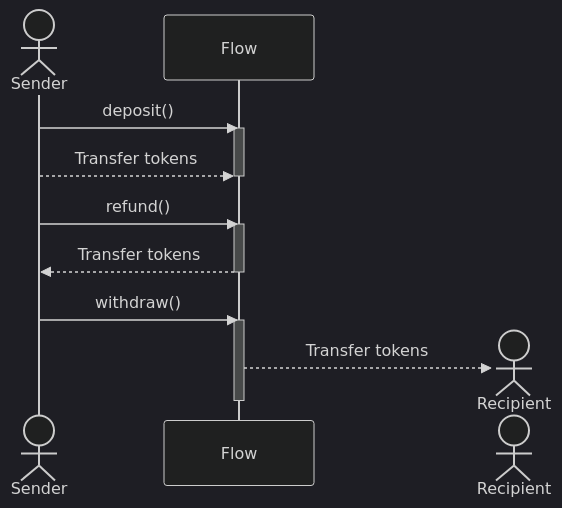
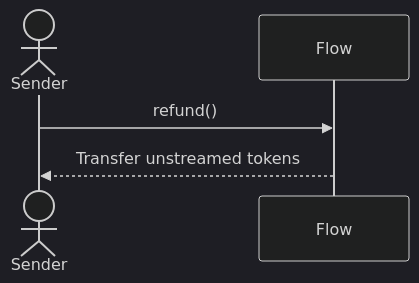
One commit to sablier-labs/docs changed the third of 9 diagrams in docs/reference/flow/01-diagrams.md. Above: the diagram before and after it, drawn with Mermaid (dark theme). The commit also changed other lines of this file and 3 other files, not shown here.

Commit message:
removes streamId from sequence diagrams categorizes diagrams in Flow access control simplifies diagrams in Lockup access control defines ongoing debt in Flow overview fixes definition of snapshot debt in Flow overview adds abbreviations in Flow diagrams

````diff
--- a/docs/reference/flow/01-diagrams.md
+++ b/docs/reference/flow/01-diagrams.md
@@ -29,20 +62,7 @@
 ```mermaid
 sequenceDiagram
   actor Sender
 
-  Sender ->> Flow: deposit()
-  activate Flow
-  Sender -->> Flow: Transfer tokens
-  deactivate Flow
-
   Sender ->> Flow: refund()
-  activate Flow
-  Flow -->> Sender: Transfer tokens
-  deactivate Flow
-
-  Sender ->> Flow: withdraw()
-  activate Flow
-  Create actor Recipient
-  Flow -->> Recipient: Transfer tokens
-  deactivate Flow
+  Flow -->> Sender: Transfer unstreamed tokens
 ```
````
